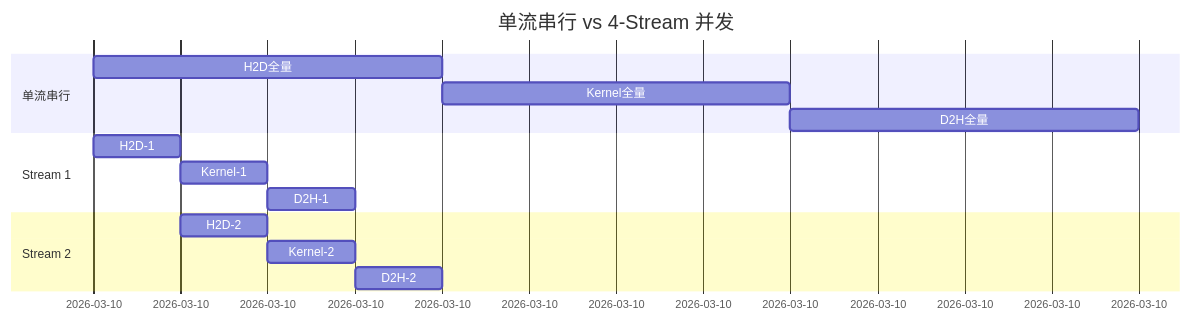
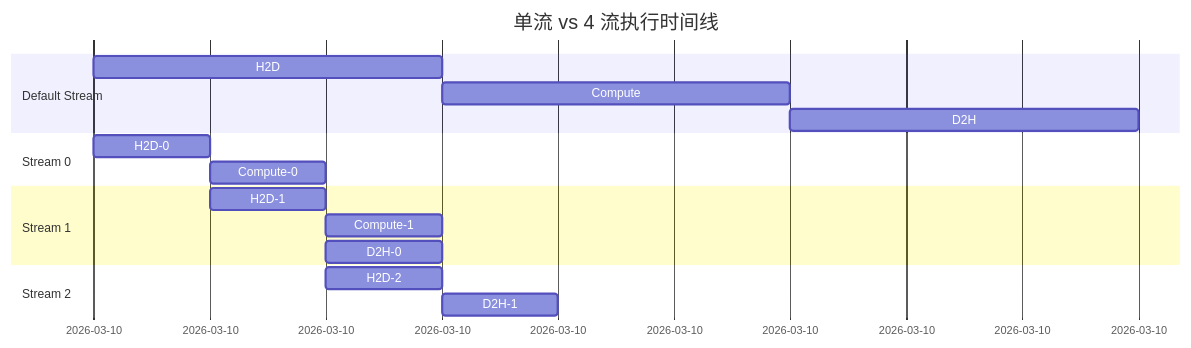
Before and after one commit to psmarter/CUDA-Practice: the first of 2 diagrams in Blogs/08_Advanced_CUDAGraphs_Streams_Extensions.md, drawn with Mermaid. The commit also changed other lines of this file and 20 other files, not shown here.

````diff
--- a/Blogs/08_Advanced_CUDAGraphs_Streams_Extensions.md
+++ b/Blogs/08_Advanced_CUDAGraphs_Streams_Extensions.md
@@ -30,20 +21,23 @@
 ```mermaid
 gantt
     dateFormat s
-    title 单流串行 vs 4-Stream 并发
+    title 单流 vs 4 流执行时间线
 
-    section 单流串行
-    H2D全量 :a1, 0, 4s
-    Kernel全量 :a2, after a1, 4s
-    D2H全量 :a3, after a2, 4s
+    section Default Stream
+    H2D :a, 0, 3s
+    Compute :b, 3, 3s
+    D2H :c, 6, 3s
+
+    section Stream 0
+    H2D-0 :d, 0, 1s
+    Compute-0 :e, 1, 1s
 
     section Stream 1
-    H2D-1 :b1, 0, 1s
-    Kernel-1 :b2, after b1, 1s
-    D2H-1 :b3, after b2, 1s
+    H2D-1 :f, 1, 1s
+    Compute-1 :g, 2, 1s
+    D2H-0 :h, 2, 1s
 
     section Stream 2
-    H2D-2 :c1, 1, 1s
-    Kernel-2 :c2, after c1, 1s
-    D2H-2 :c3, after c2, 1s
+    H2D-2 :i, 2, 1s
+    D2H-1 :j, 3, 1s
 ```
````
